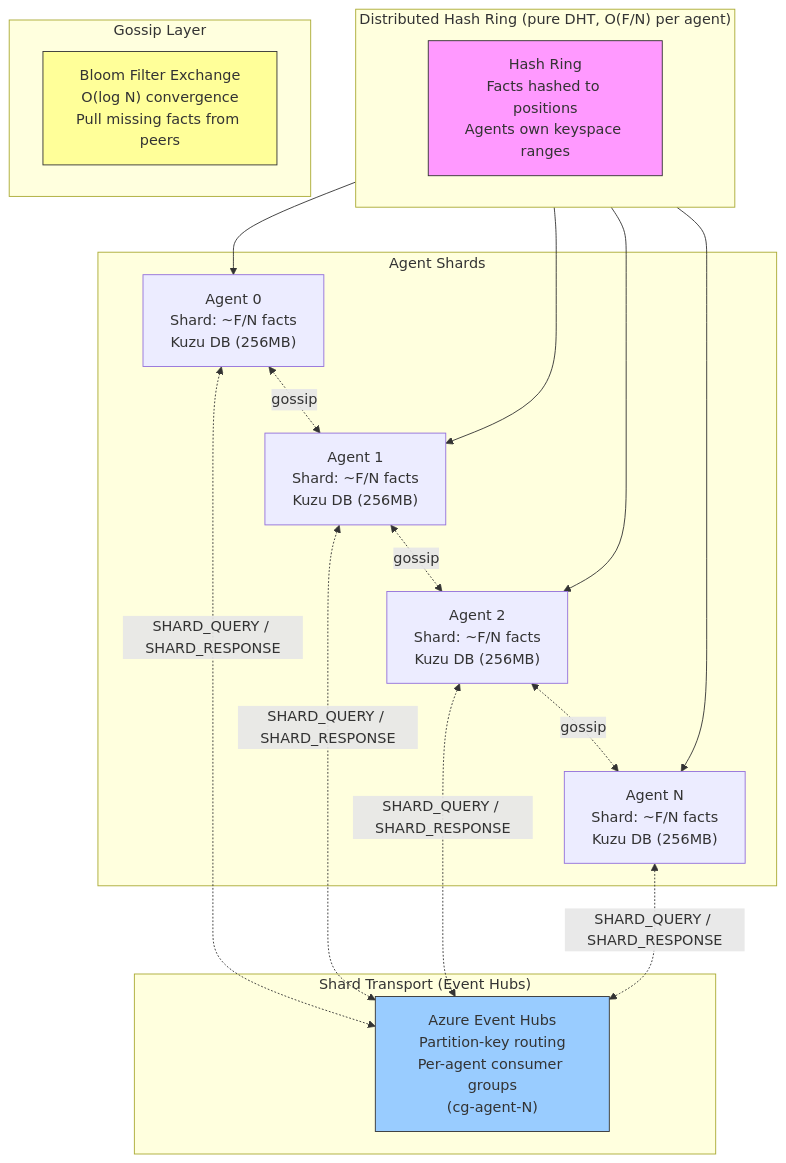
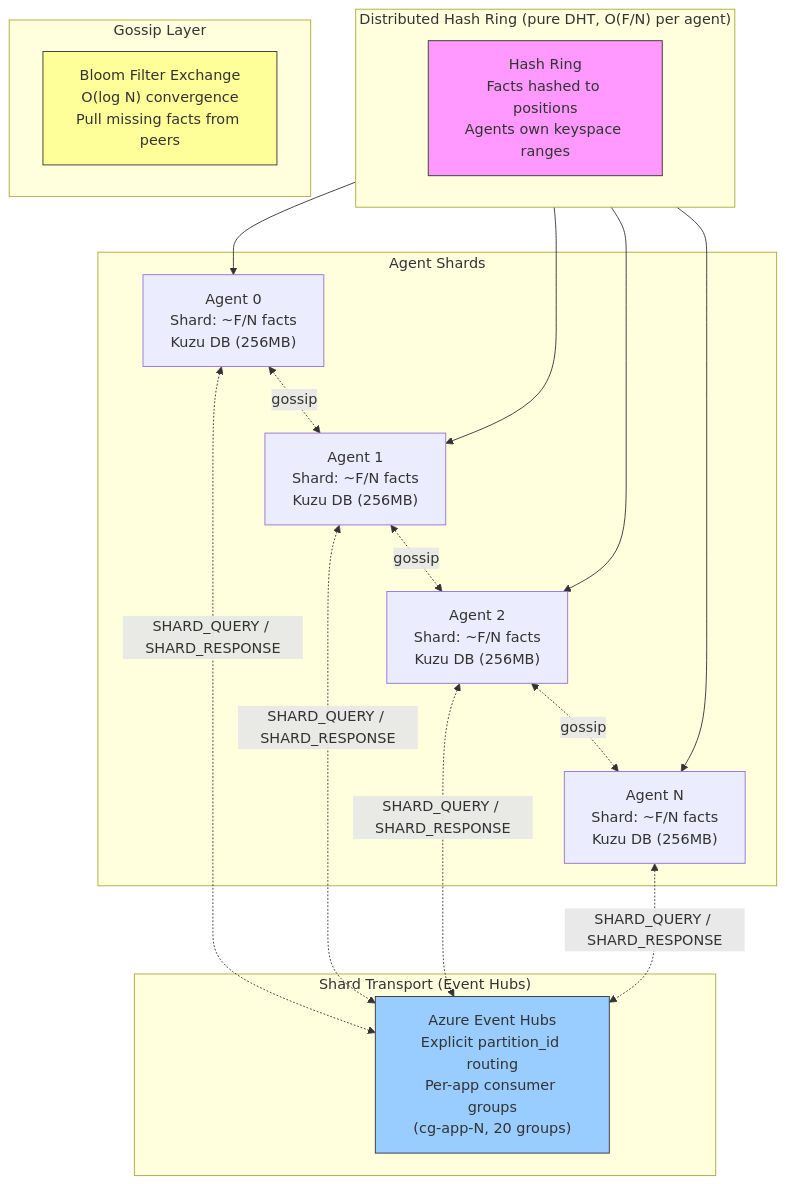
The first of 4 diagrams in docs/distributed_hive_mind.md (rysweet/amplihack), drawn with Mermaid before and after one commit. The commit also changed other lines of this file, not shown here.

First line of the commit message:
docs: update distributed hive mind docs with 99.29% results and partition routing

````diff
--- a/docs/distributed_hive_mind.md
+++ b/docs/distributed_hive_mind.md
@@ -9,38 +9,38 @@
 ```mermaid
 graph TB
     subgraph "Distributed Hash Ring (pure DHT, O(F/N) per agent)"
         direction LR
         R["Hash Ring<br/>Facts hashed to positions<br/>Agents own keyspace ranges"]
     end
 
     subgraph "Agent Shards"
         A0["Agent 0<br/>Shard: ~F/N facts<br/>Kuzu DB (256MB)"]
         A1["Agent 1<br/>Shard: ~F/N facts<br/>Kuzu DB (256MB)"]
         A2["Agent 2<br/>Shard: ~F/N facts<br/>Kuzu DB (256MB)"]
         AN["Agent N<br/>Shard: ~F/N facts<br/>Kuzu DB (256MB)"]
     end
 
     subgraph "Shard Transport (Event Hubs)"
-        EH["Azure Event Hubs<br/>Partition-key routing<br/>Per-agent consumer groups<br/>(cg-agent-N)"]
+        EH["Azure Event Hubs<br/>Explicit partition_id routing<br/>Per-app consumer groups<br/>(cg-app-N, 20 groups)"]
     end
 
     subgraph "Gossip Layer"
         G["Bloom Filter Exchange<br/>O(log N) convergence<br/>Pull missing facts from peers"]
     end
 
     R --> A0
     R --> A1
     R --> A2
     R --> AN
     A0 <-.->|SHARD_QUERY / SHARD_RESPONSE| EH
     A1 <-.->|SHARD_QUERY / SHARD_RESPONSE| EH
     A2 <-.->|SHARD_QUERY / SHARD_RESPONSE| EH
     AN <-.->|SHARD_QUERY / SHARD_RESPONSE| EH
     A0 <-.->|gossip| A1
     A1 <-.->|gossip| A2
     A2 <-.->|gossip| AN
 
     style R fill:#f9f,stroke:#333
     style G fill:#ff9,stroke:#333
     style EH fill:#9cf,stroke:#333
 ```
````
